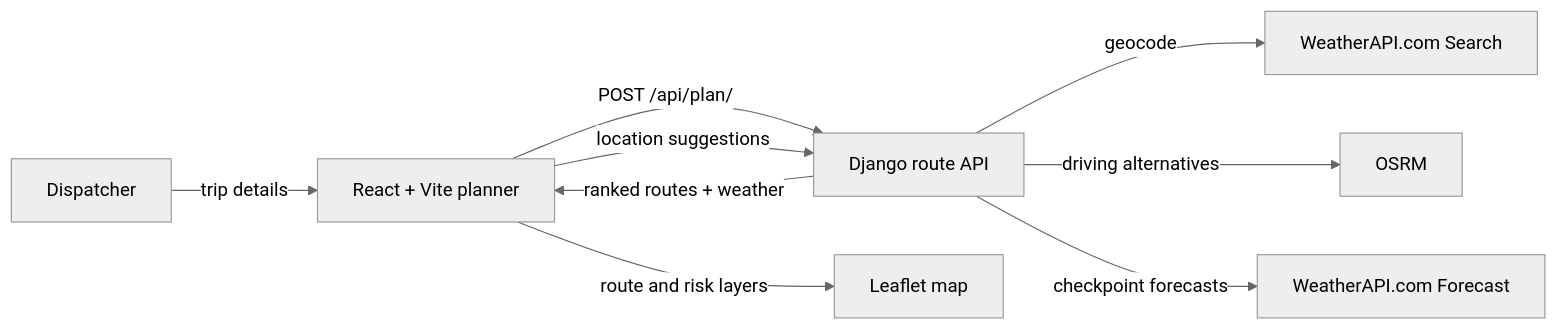
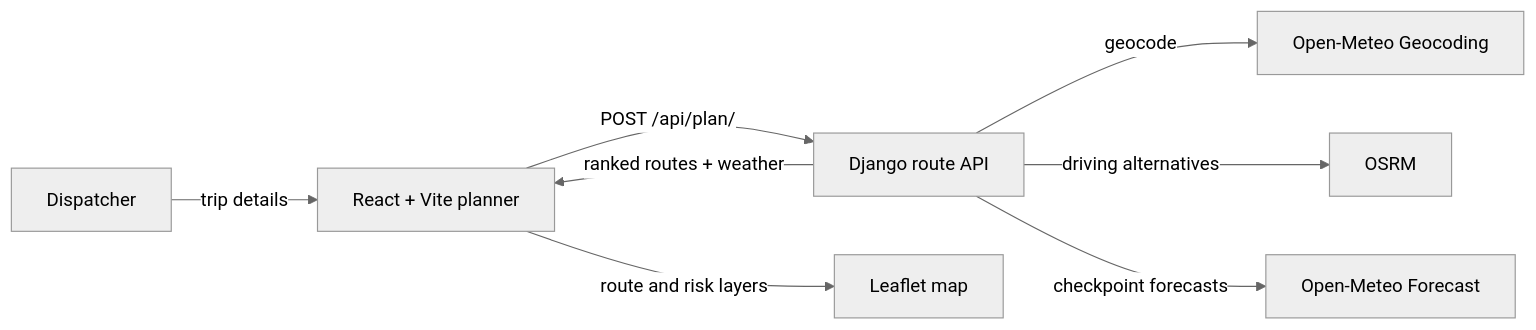
The diagram in README.md (RONIN447/northline_dispatch_ops), drawn with Mermaid (neutral theme) before and after one commit. The commit also changed other lines of this file and 8 other files, not shown here.

Commit message:
Revert weather provider to Open-Meteo

````diff
--- a/README.md
+++ b/README.md
@@ -63,11 +63,10 @@
 ```mermaid
 flowchart LR
     Dispatcher[Dispatcher] -->|trip details| Web[React + Vite planner]
     Web -->|POST /api/plan/| API[Django route API]
-    Web -->|location suggestions| API
-    API -->|geocode| Geo[WeatherAPI.com Search]
+    API -->|geocode| Geo[Open-Meteo Geocoding]
     API -->|driving alternatives| OSRM[OSRM]
-    API -->|checkpoint forecasts| Weather[WeatherAPI.com Forecast]
+    API -->|checkpoint forecasts| Weather[Open-Meteo Forecast]
     API -->|ranked routes + weather| Web
     Web -->|route and risk layers| Map[Leaflet map]
 ```
````
